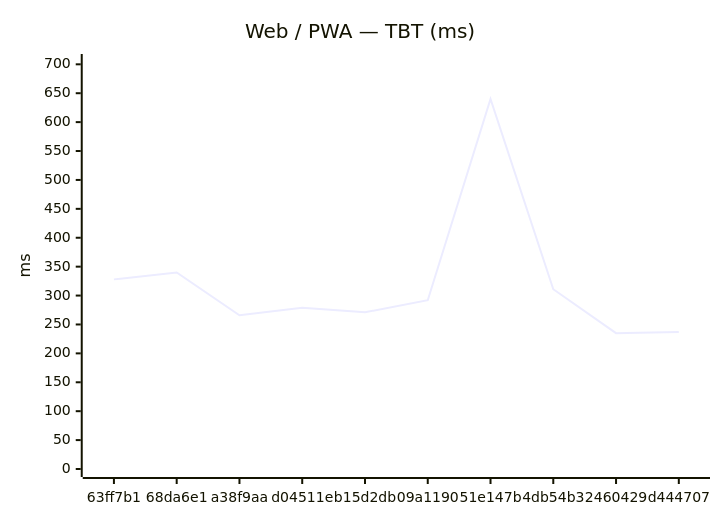
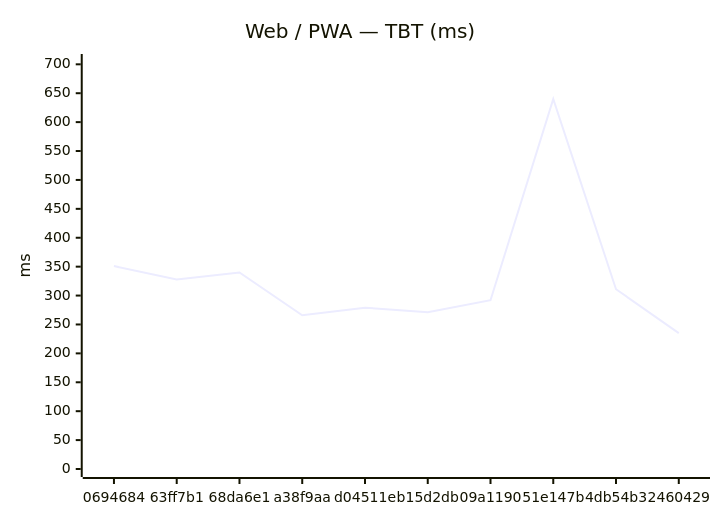
One commit to Metaheurist/Rianell changed the second of 18 diagrams in benchmarks/compare.md. Above: the diagram before and after it, drawn with Mermaid. The commit also changed other lines of this file and 11 other files, not shown here.

````diff
--- a/benchmarks/compare.md
+++ b/benchmarks/compare.md
@@ -31,7 +31,7 @@
 ```mermaid
 xychart-beta
     title "Web / PWA — TBT (ms)"
-    x-axis ["63ff7b1", "68da6e1", "a38f9aa", "d04511e", "b15d2db", "09a1190", "51e147b", "4db54b3", "2460429", "d444707"]
+    x-axis ["0694684", "63ff7b1", "68da6e1", "a38f9aa", "d04511e", "b15d2db", "09a1190", "51e147b", "4db54b3", "2460429"]
     y-axis "ms" 0 --> 704
-    line [328, 340, 266, 279, 271, 292, 640, 311, 235, 237]
+    line [351, 328, 340, 266, 279, 271, 292, 640, 311, 235]
 ```
````
